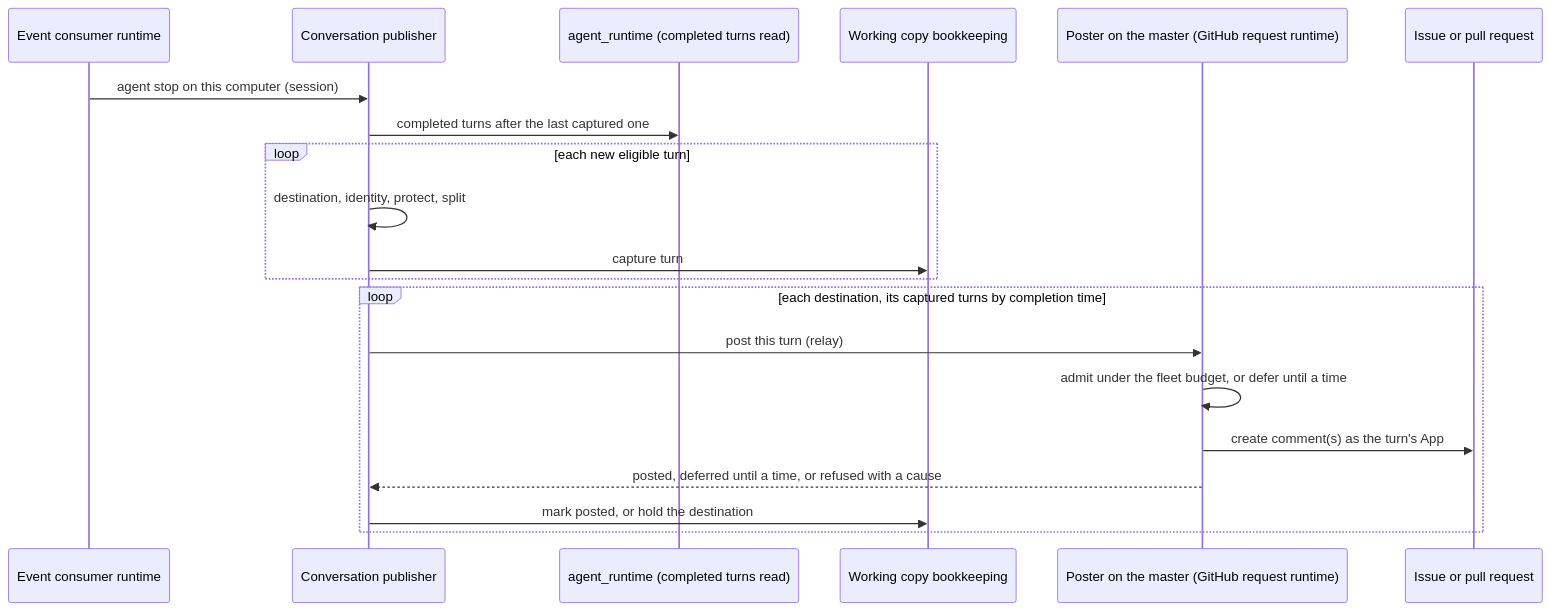
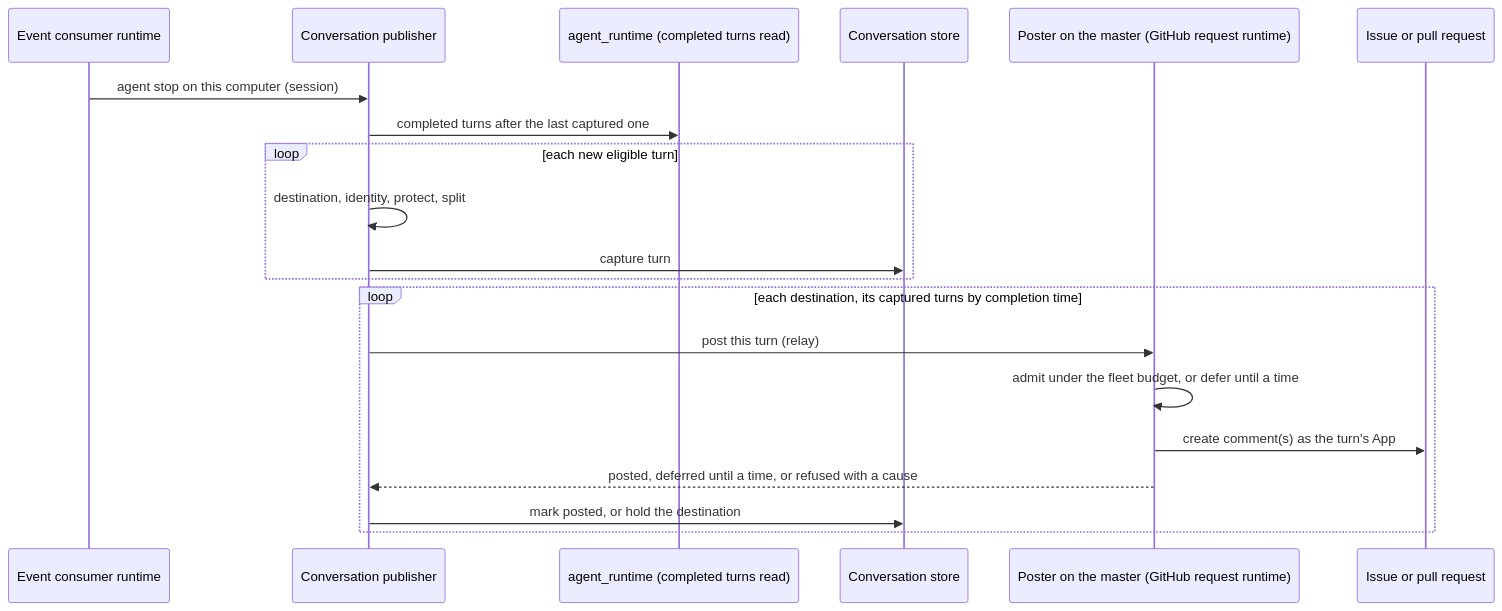
One commit to InstruktAI/TeleClaude changed the diagram in docs/local/design/architecture/work-item-conversation.md. Above: the diagram before and after it, drawn with Mermaid. The commit also changed other lines of this file and 2 other files, not shown here.

First line of the commit message:
docs(work-item-conversation): keep captured turns, ordinals and the conversation budget in stores of their own

````diff
--- a/docs/local/design/architecture/work-item-conversation.md
+++ b/docs/local/design/architecture/work-item-conversation.md
@@ -167,22 +180,22 @@
 ```mermaid
 sequenceDiagram
     participant EC as Event consumer runtime
     participant P as Conversation publisher
     participant AR as agent_runtime (completed turns read)
-    participant WC as Working copy bookkeeping
+    participant WC as Conversation store
     participant M as Poster on the master (GitHub request runtime)
     participant GH as Issue or pull request
     EC->>P: agent stop on this computer (session)
     P->>AR: completed turns after the last captured one
     loop each new eligible turn
         P->>P: destination, identity, protect, split
         P->>WC: capture turn
     end
     loop each destination, its captured turns by completion time
         P->>M: post this turn (relay)
         M->>M: admit under the fleet budget, or defer until a time
         M->>GH: create comment(s) as the turn's App
         M-->>P: posted, deferred until a time, or refused with a cause
         P->>WC: mark posted, or hold the destination
     end
 ```
````
